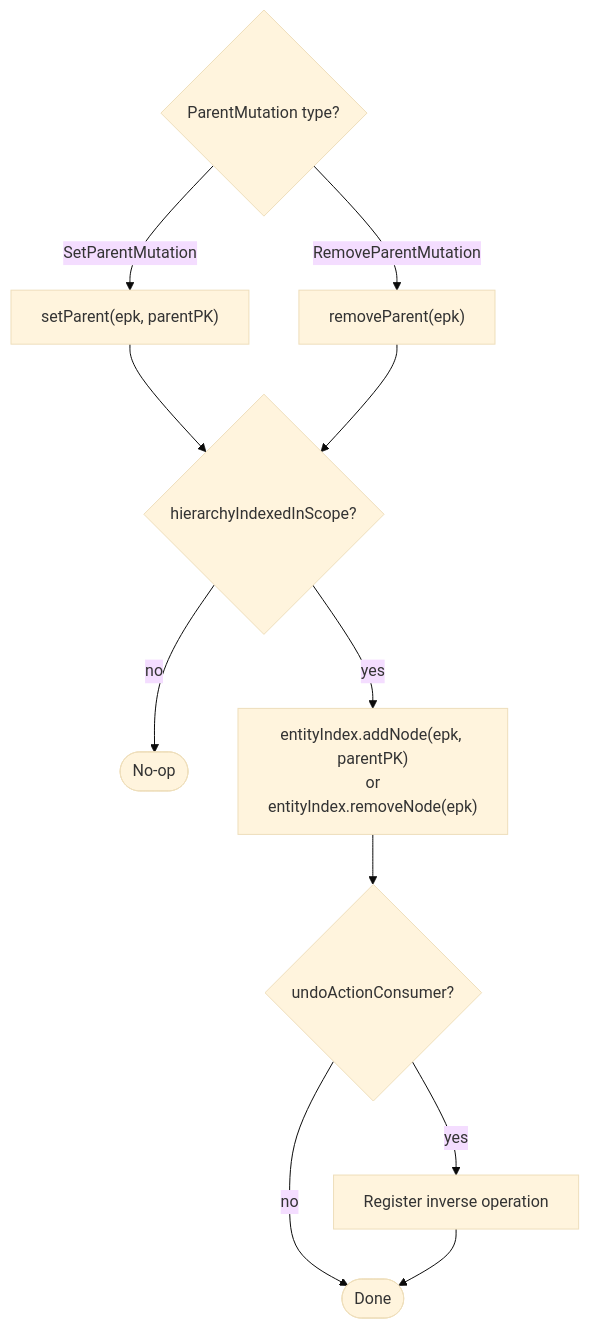
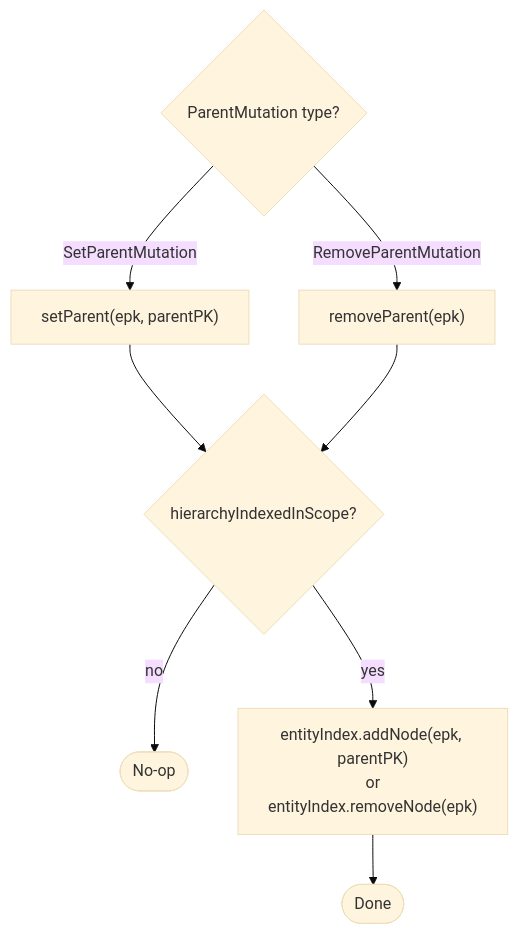
Before and after one commit to FgForrest/evitaDB: the seventh of 7 diagrams in documentation/developer/indexes/mutation-flow.md, drawn with Mermaid (base theme). The commit also changed other lines of this file and 1 other file, not shown here.

````diff
--- a/documentation/developer/indexes/mutation-flow.md
+++ b/documentation/developer/indexes/mutation-flow.md
@@ -674,14 +722,11 @@
 ```mermaid
 flowchart TD
     M{ParentMutation type?}
     M -->|SetParentMutation| SP["setParent(epk, parentPK)"]
     M -->|RemoveParentMutation| RP["removeParent(epk)"]
     SP --> CHK{hierarchyIndexedInScope?}
     RP --> CHK
     CHK -->|no| NOP([No-op])
     CHK -->|yes| IDX["entityIndex.addNode(epk, parentPK)\nor\nentityIndex.removeNode(epk)"]
-    IDX --> UNDO{undoActionConsumer?}
-    UNDO -->|yes| REG[Register inverse operation]
-    UNDO -->|no| DONE([Done])
-    REG --> DONE
+    IDX --> DONE([Done])
 ```
````
